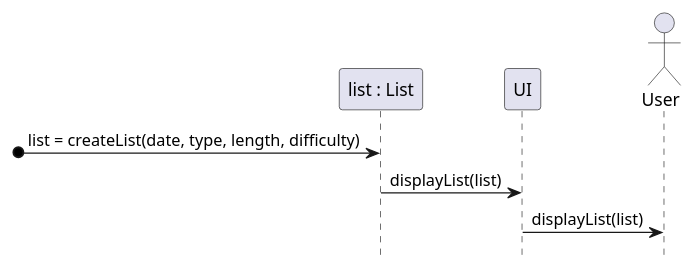
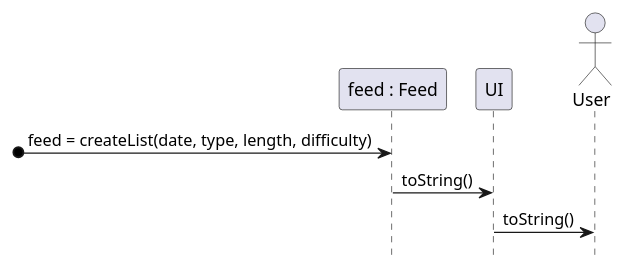
Before and after one commit to arun-guruswamy/workout-networking: the fourth of 5 diagrams in doc/design.md, drawn with PlantUML. The commit also changed other lines of this file and 9 other files, not shown here.

````diff
--- a/doc/design.md
+++ b/doc/design.md
@@ -85,14 +85,14 @@
 ```plantuml 
 @startuml
 hide footbox
-participant "list : List" as list 
+participant "feed : Feed" as feed
 participant "UI" as ui
 actor "User" as user 
 
 
-[o-> list : list = createList(date, type, length, difficulty) 
-list -> ui : displayList(list)
-ui -> user : displayList(list)
+[o-> feed : feed = createList(date, type, length, difficulty) 
+feed -> ui : toString()
+ui -> user : toString()
 
 @enduml
 ```
````
